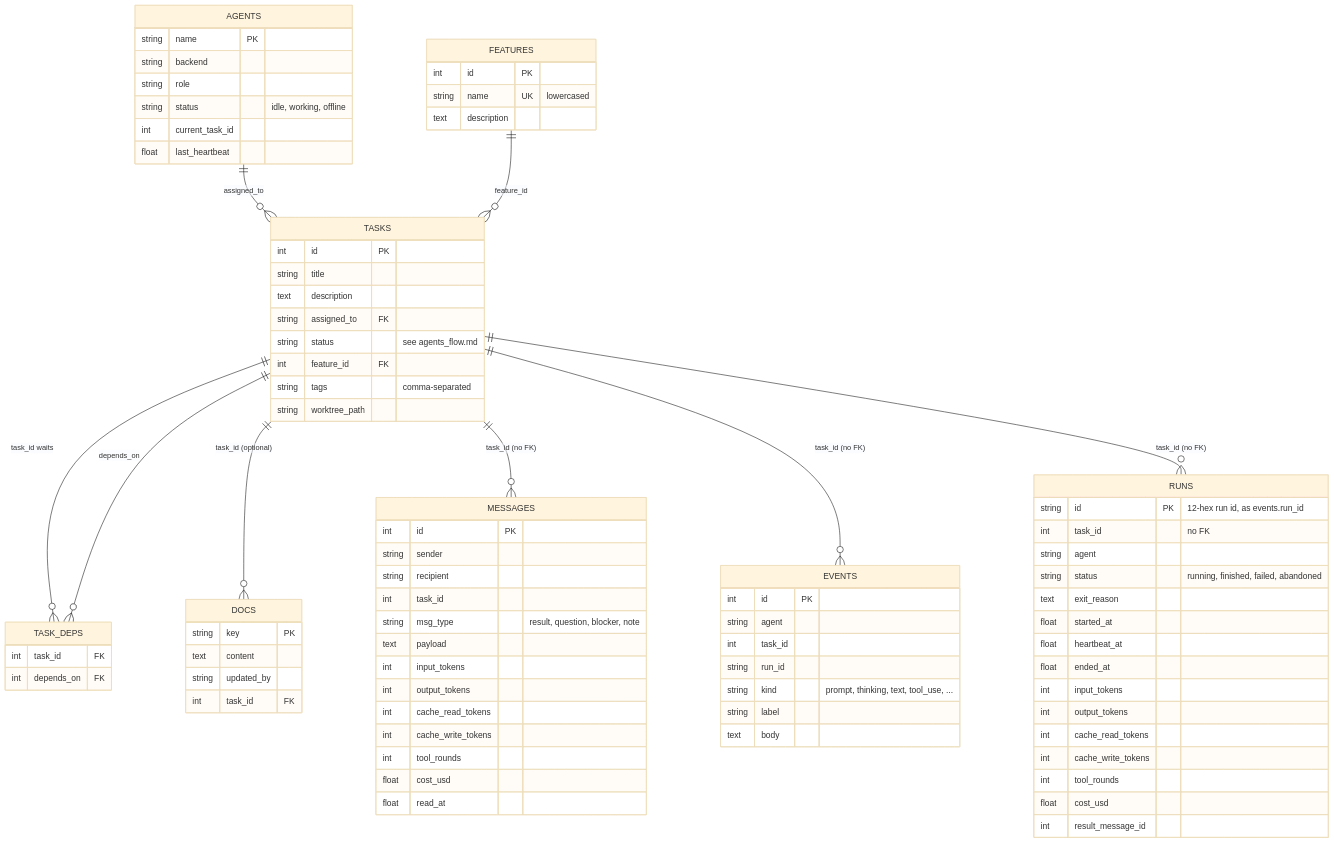
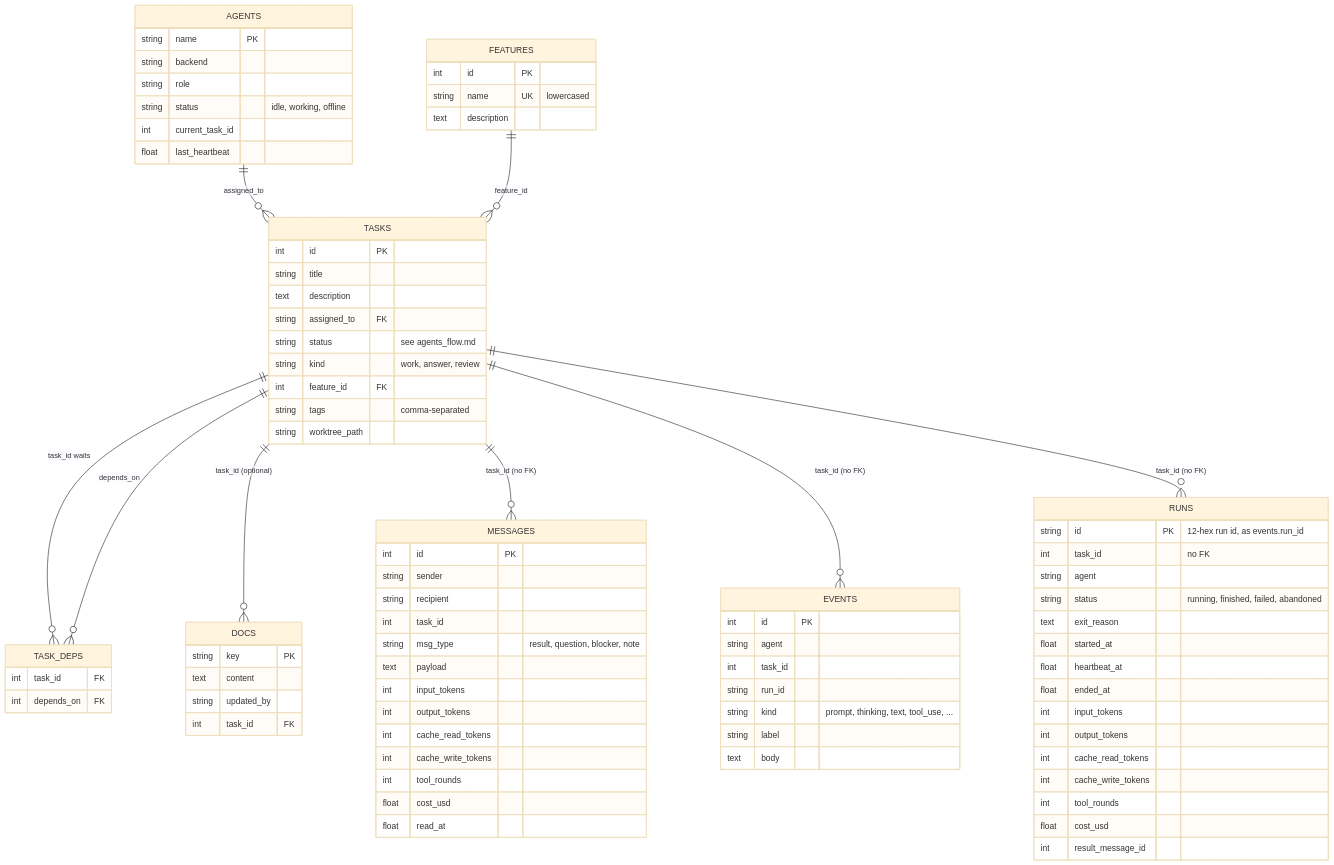
The second of 2 diagrams in docs/architecture.md (mberacochea/kuska), drawn with Mermaid (base theme) before and after one commit. The commit also changed 11 other files, not shown here.

Commit message:
add tasks.kind instead of the answer tag

```diff
--- a/docs/architecture.md
+++ b/docs/architecture.md
@@ -118,6 +118,7 @@
     text description
     string assigned_to FK
     string status "see agents_flow.md"
+    string kind "work, answer, review"
     int feature_id FK
     string tags "comma-separated"
     string worktree_path
```
